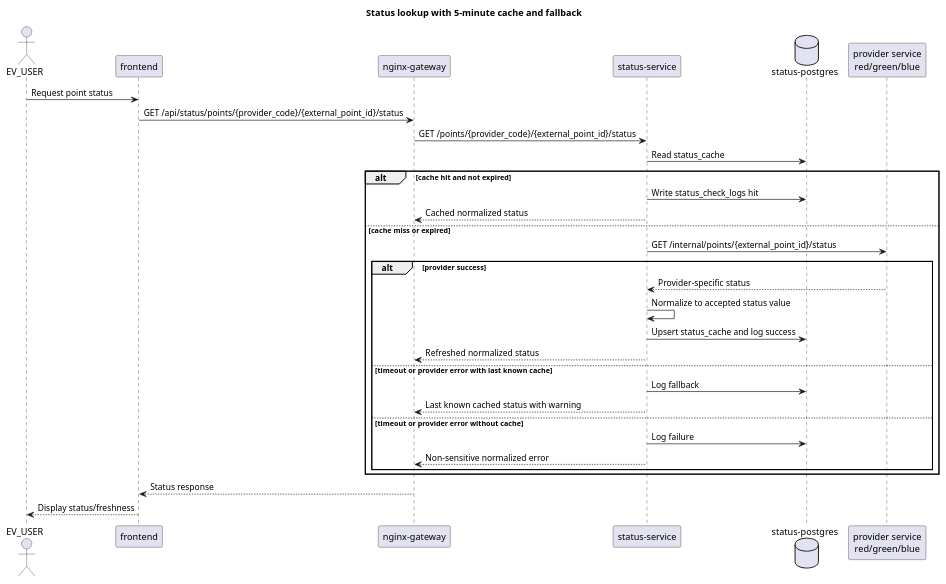
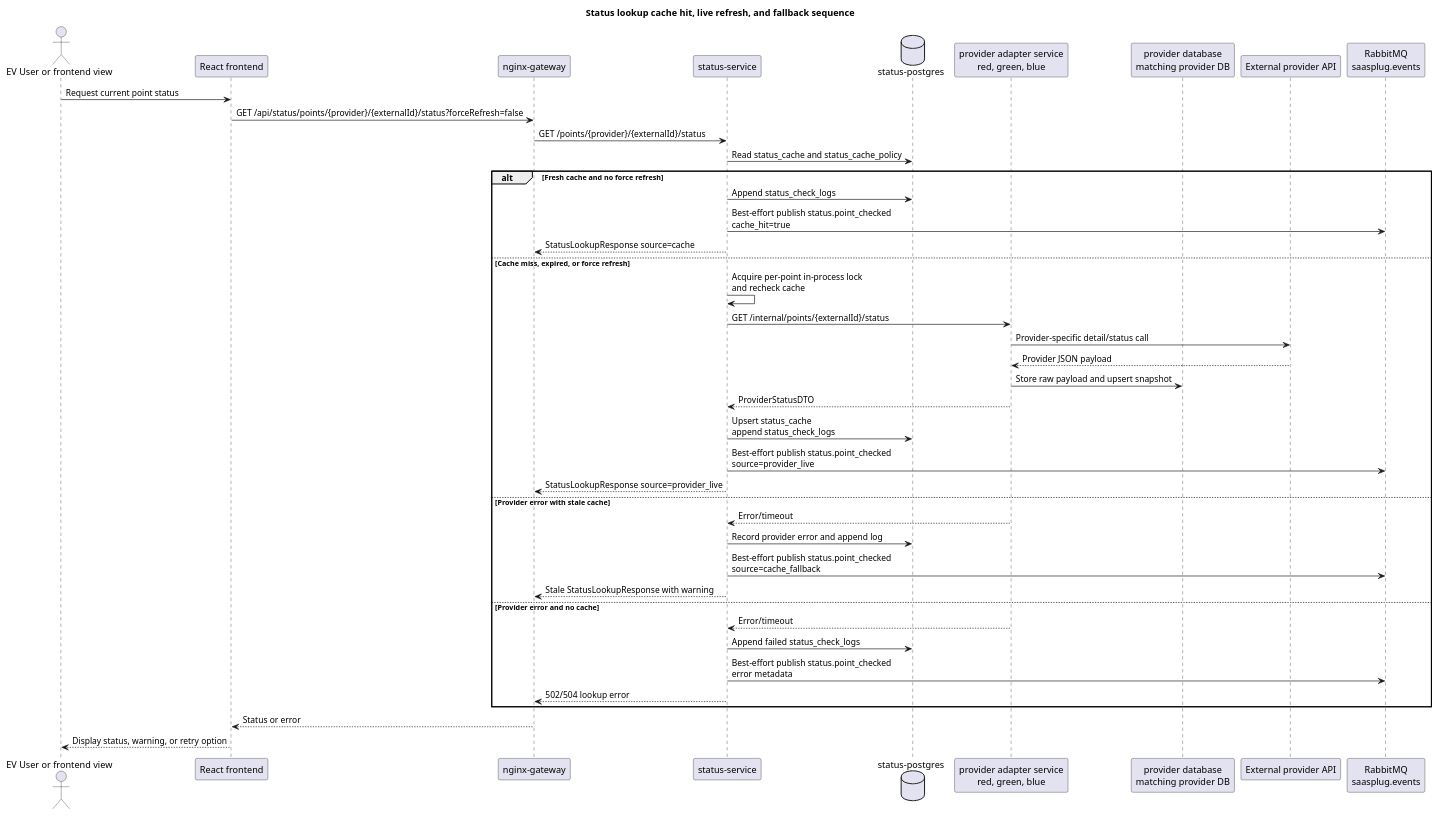
Before and after one commit to ntua-el21026/ntua-saasplug: the diagram in docs/diagrams/final/sequence-status-lookup.puml, drawn with PlantUML. The commit also changed 48 other files, not shown here.

Commit message:
Update diagrams and documentation

```diff
--- a/docs/diagrams/final/sequence-status-lookup.puml
+++ b/docs/diagrams/final/sequence-status-lookup.puml
@@ -1,38 +1,48 @@
 @startuml
-title Status lookup with 5-minute cache and fallback
+title Status lookup cache hit, live refresh, and fallback sequence
+skinparam shadowing false
 
-actor "EV_USER" as EvUser
-participant "frontend" as Frontend
+actor "EV User or frontend view" as User
+participant "React frontend" as Frontend
 participant "nginx-gateway" as Gateway
 participant "status-service" as Status
 database "status-postgres" as StatusDb
-participant "provider service\nred/green/blue" as ProviderService
+participant "provider adapter service\nred, green, blue" as ProviderAdapter
+participant "provider database\nmatching provider DB" as ProviderDb
+participant "External provider API" as ExternalApi
+participant "RabbitMQ\nsaasplug.events" as Rabbit
 
-EvUser -> Frontend : Request point status
-Frontend -> Gateway : GET /api/status/points/{provider_code}/{external_point_id}/status
-Gateway -> Status : GET /points/{provider_code}/{external_point_id}/status
-Status -> StatusDb : Read status_cache
+User -> Frontend : Request current point status
+Frontend -> Gateway : GET /api/status/points/{provider}/{externalId}/status?forceRefresh=false
+Gateway -> Status : GET /points/{provider}/{externalId}/status
+Status -> StatusDb : Read status_cache and status_cache_policy
 
-alt cache hit and not expired
-  Status -> StatusDb : Write status_check_logs hit
-  Status --> Gateway : Cached normalized status
-else cache miss or expired
-  Status -> ProviderService : GET /internal/points/{external_point_id}/status
-  alt provider success
-    ProviderService --> Status : Provider-specific status
-    Status -> Status : Normalize to accepted status value
-    Status -> StatusDb : Upsert status_cache and log success
-    Status --> Gateway : Refreshed normalized status
-  else timeout or provider error with last known cache
-    Status -> StatusDb : Log fallback
-    Status --> Gateway : Last known cached status with warning
-  else timeout or provider error without cache
-    Status -> StatusDb : Log failure
-    Status --> Gateway : Non-sensitive normalized error
-  end
+alt Fresh cache and no force refresh
+  Status -> StatusDb : Append status_check_logs
+  Status -> Rabbit : Best-effort publish status.point_checked\ncache_hit=true
+  Status --> Gateway : StatusLookupResponse source=cache
+else Cache miss, expired, or force refresh
+  Status -> Status : Acquire per-point in-process lock\nand recheck cache
+  Status -> ProviderAdapter : GET /internal/points/{externalId}/status
+  ProviderAdapter -> ExternalApi : Provider-specific detail/status call
+  ExternalApi --> ProviderAdapter : Provider JSON payload
+  ProviderAdapter -> ProviderDb : Store raw payload and upsert snapshot
+  ProviderAdapter --> Status : ProviderStatusDTO
+  Status -> StatusDb : Upsert status_cache\nappend status_check_logs
+  Status -> Rabbit : Best-effort publish status.point_checked\nsource=provider_live
+  Status --> Gateway : StatusLookupResponse source=provider_live
+else Provider error with stale cache
+  ProviderAdapter --> Status : Error/timeout
+  Status -> StatusDb : Record provider error and append log
+  Status -> Rabbit : Best-effort publish status.point_checked\nsource=cache_fallback
+  Status --> Gateway : Stale StatusLookupResponse with warning
+else Provider error and no cache
+  ProviderAdapter --> Status : Error/timeout
+  Status -> StatusDb : Append failed status_check_logs
+  Status -> Rabbit : Best-effort publish status.point_checked\nerror metadata
+  Status --> Gateway : 502/504 lookup error
 end
 
-Gateway --> Frontend : Status response
-Frontend --> EvUser : Display status/freshness
-
+Gateway --> Frontend : Status or error
+Frontend --> User : Display status, warning, or retry option
 @enduml
```
